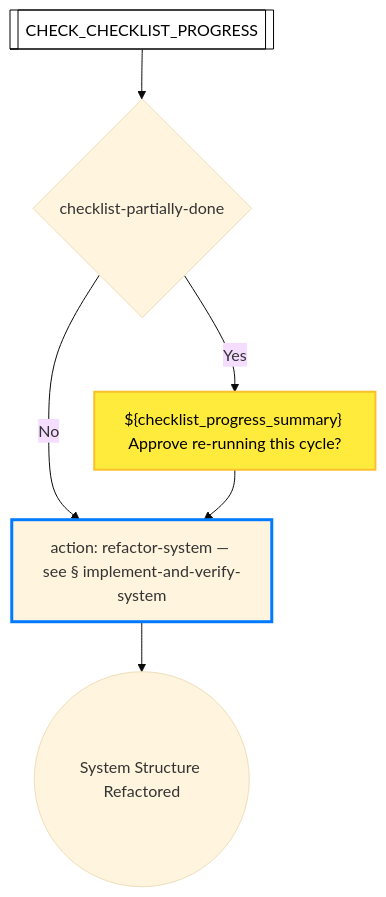
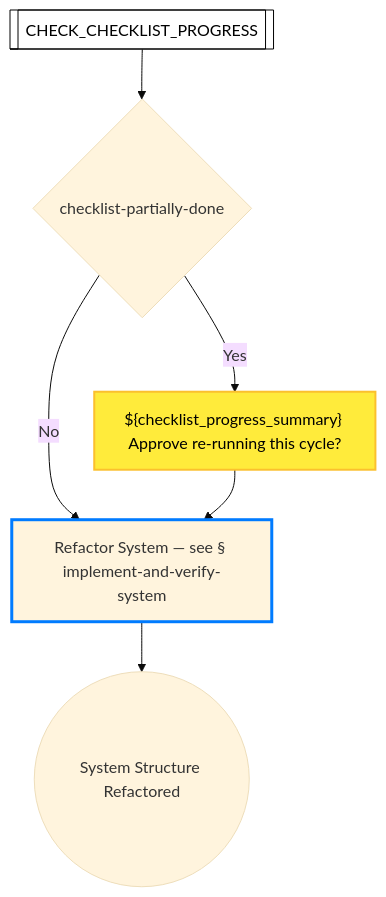
One commit to optivem/gh-optivem changed diagram 11 of 50 in docs/process-diagram.md. Above: the diagram before and after it, drawn with Mermaid (base theme). The commit also changed other lines of this file and 6 other files, not shown here.

````diff
--- a/docs/process-diagram.md
+++ b/docs/process-diagram.md
@@ -269,23 +269,23 @@
 ```mermaid
 flowchart TD
     CHECK_CHECKLIST_PROGRESS[[CHECK_CHECKLIST_PROGRESS]]
     GATE_CHECKLIST_PARTIALLY_DONE{checklist-partially-done}
-    IMPLEMENT_AND_VERIFY_SYSTEM[action: refactor-system — see § implement-and-verify-system]
+    IMPLEMENT_AND_VERIFY_SYSTEM[Refactor System — see § implement-and-verify-system]
     REFACTOR_SYSTEM_STRUCTURE_END((System Structure Refactored))
     STOP_CHECKLIST_PARTIALLY_DONE["${checklist_progress_summary} Approve re-running this cycle?"]
 
     CHECK_CHECKLIST_PROGRESS --> GATE_CHECKLIST_PARTIALLY_DONE
     GATE_CHECKLIST_PARTIALLY_DONE -- Yes --> STOP_CHECKLIST_PARTIALLY_DONE
     GATE_CHECKLIST_PARTIALLY_DONE -- No --> IMPLEMENT_AND_VERIFY_SYSTEM
     STOP_CHECKLIST_PARTIALLY_DONE --> IMPLEMENT_AND_VERIFY_SYSTEM
     IMPLEMENT_AND_VERIFY_SYSTEM --> REFACTOR_SYSTEM_STRUCTURE_END
 
     classDef serviceNode fill:#ffffff,stroke:#000000,stroke-width:1px,color:#000000
     class CHECK_CHECKLIST_PROGRESS serviceNode
 
     classDef humanNode fill:#ffeb3b,stroke:#fbc02d,stroke-width:2px,color:#000000
     class STOP_CHECKLIST_PARTIALLY_DONE humanNode
 
     classDef tddRefactorNode stroke:#007bff,stroke-width:3px
     class IMPLEMENT_AND_VERIFY_SYSTEM tddRefactorNode
 ```
````
